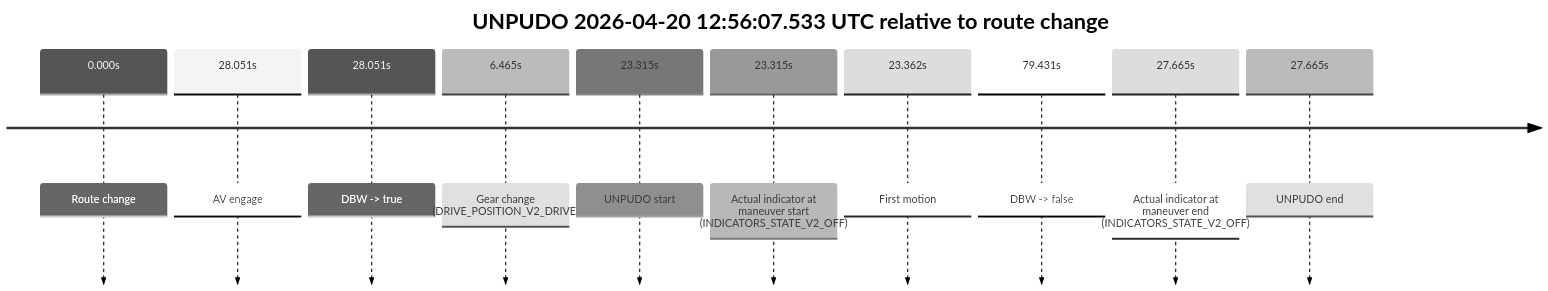
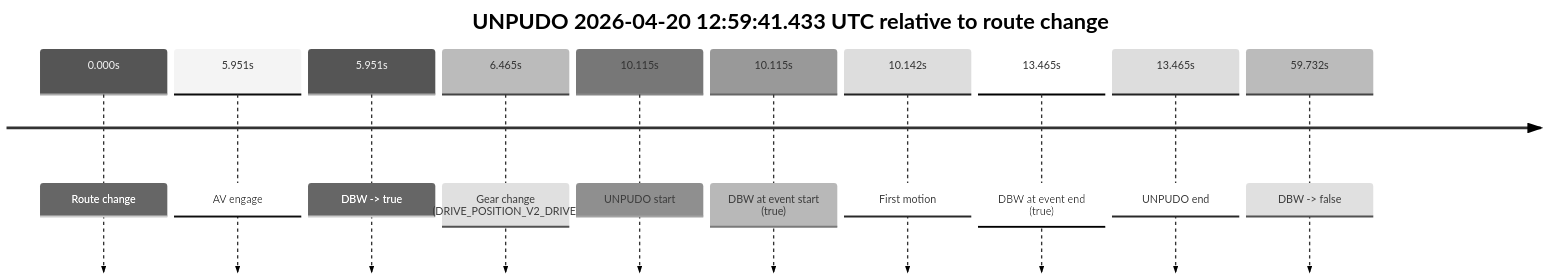
The second of 6 diagrams in model_analysis/report_cards/2026/04/Week-4/fme20038--2026-04-20--12-44-55--gen2-av-d7b5ebe9-0257-4947-a48a-ade5f11aa01b.md (yoelshapiro/vault), drawn with Mermaid (neutral theme) before and after one commit. The commit also changed other lines of this file and 2 other files, not shown here.

````diff
--- a/model_analysis/report_cards/2026/04/Week-4/fme20038--2026-04-20--12-44-55--gen2-av-d7b5ebe9-0257-4947-a48a-ade5f11aa01b.md
+++ b/model_analysis/report_cards/2026/04/Week-4/fme20038--2026-04-20--12-44-55--gen2-av-d7b5ebe9-0257-4947-a48a-ade5f11aa01b.md
@@ -129,14 +144,14 @@
 ```mermaid
 timeline
-    title UNPUDO 2026-04-20 12:56:07.533 UTC relative to route change
+    title UNPUDO 2026-04-20 12:59:41.433 UTC relative to route change
     0.000s : Route change
-    28.051s : AV engage
-    28.051s : DBW -> true
+    5.951s : AV engage
+    5.951s : DBW -> true
     6.465s : Gear change (DRIVE_POSITION_V2_DRIVE)
-    23.315s : UNPUDO start
-    23.315s : Actual indicator at maneuver start (INDICATORS_STATE_V2_OFF)
-    23.362s : First motion
-    79.431s : DBW -> false
-    27.665s : Actual indicator at maneuver end (INDICATORS_STATE_V2_OFF)
-    27.665s : UNPUDO end
+    10.115s : UNPUDO start
+    10.115s : DBW at event start (true)
+    10.142s : First motion
+    13.465s : DBW at event end (true)
+    13.465s : UNPUDO end
+    59.732s : DBW -> false
 ```
````
